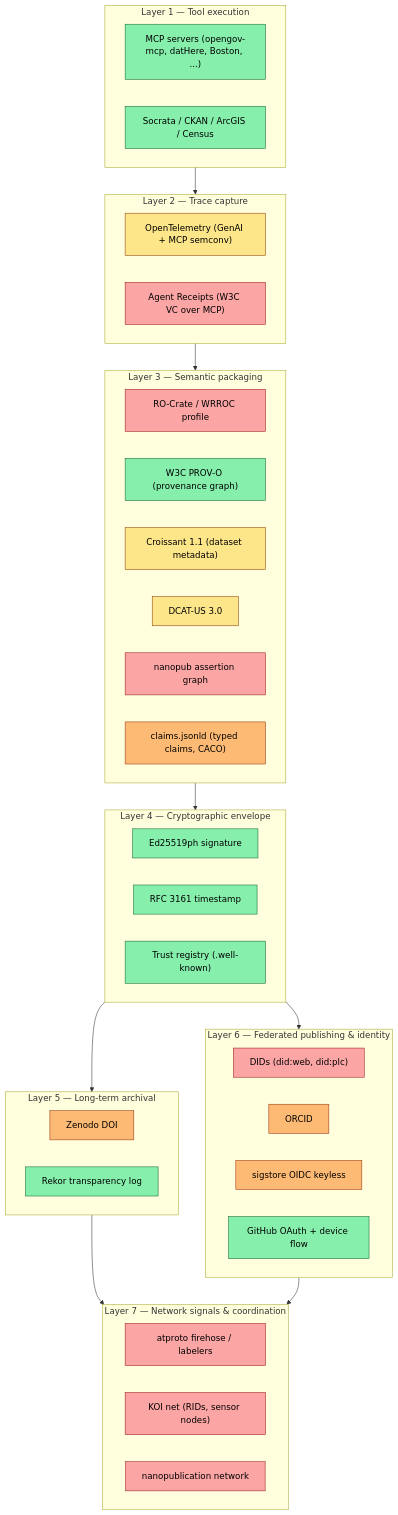
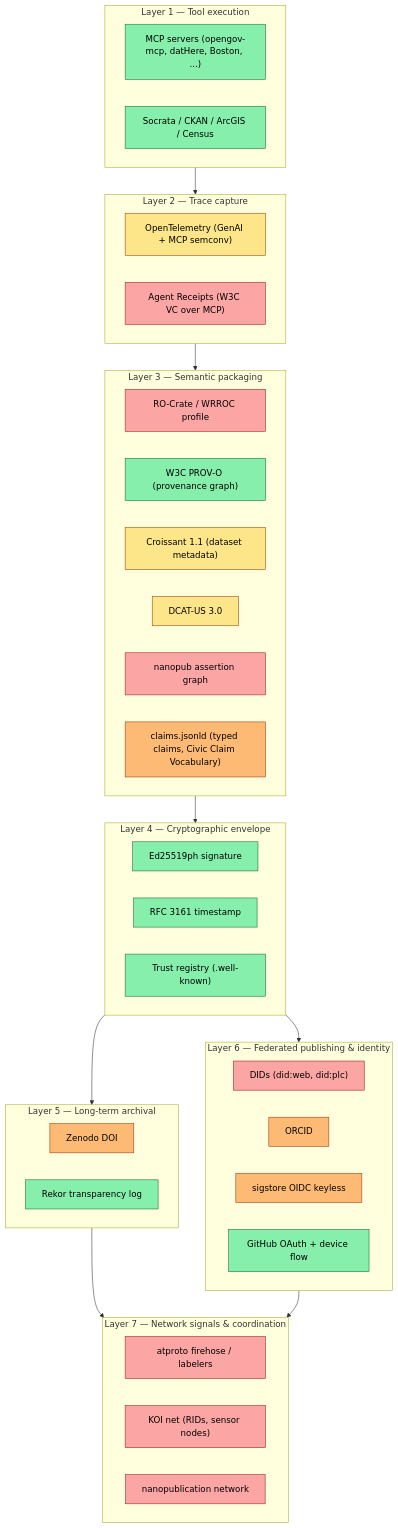
Before and after one commit to npstorey/civic-ai-tools: the first of 8 diagrams in docs/architecture/end-state-vision.md, drawn with Mermaid. The commit also changed other lines of this file and 4 other files, not shown here.

First line of the commit message:
docs(architecture): rename CACO → Civic Claim Vocabulary, add Open Evidence Standard v0.1, update CLAUDE.md

````diff
--- a/docs/architecture/end-state-vision.md
+++ b/docs/architecture/end-state-vision.md
@@ -34,58 +34,58 @@
 ```mermaid
 flowchart TB
     subgraph L7["Layer 7 — Network signals & coordination"]
         atproto["atproto firehose / labelers"]:::speculative
         koi["KOI net (RIDs, sensor nodes)"]:::speculative
         nanopubnet["nanopublication network"]:::speculative
     end
 
     subgraph L6["Layer 6 — Federated publishing & identity"]
         did["DIDs (did:web, did:plc)"]:::speculative
         orcid["ORCID"]:::designed
         sigstoreoidc["sigstore OIDC keyless"]:::designed
         github["GitHub OAuth + device flow"]:::built
     end
 
     subgraph L5["Layer 5 — Long-term archival"]
         zenodo["Zenodo DOI"]:::designed
         rekor["Rekor transparency log"]:::built
     end
 
     subgraph L4["Layer 4 — Cryptographic envelope"]
         ed25519["Ed25519ph signature"]:::built
         rfc3161["RFC 3161 timestamp"]:::built
         trustreg["Trust registry (.well-known)"]:::built
     end
 
     subgraph L3["Layer 3 — Semantic packaging"]
         rocrate["RO-Crate / WRROC profile"]:::speculative
         provo["W3C PROV-O (provenance graph)"]:::built
         croissant["Croissant 1.1 (dataset metadata)"]:::partial
         dcat["DCAT-US 3.0"]:::partial
         nanopub["nanopub assertion graph"]:::speculative
-        claims["claims.jsonld (typed claims, CACO)"]:::designed
+        claims["claims.jsonld (typed claims, Civic Claim Vocabulary)"]:::designed
     end
 
     subgraph L2["Layer 2 — Trace capture"]
         otel["OpenTelemetry (GenAI + MCP semconv)"]:::partial
         agentreceipts["Agent Receipts (W3C VC over MCP)"]:::speculative
     end
 
     subgraph L1["Layer 1 — Tool execution"]
         mcp["MCP servers (opengov-mcp, datHere, Boston, ...)"]:::built
         socrata["Socrata / CKAN / ArcGIS / Census"]:::built
     end
 
     L1 --> L2
     L2 --> L3
     L3 --> L4
     L4 --> L5
     L4 --> L6
     L5 --> L7
     L6 --> L7
 
     classDef built fill:#86efac,stroke:#166534,color:#000
     classDef partial fill:#fde68a,stroke:#92400e,color:#000
     classDef designed fill:#fdba74,stroke:#9a3412,color:#000
     classDef speculative fill:#fca5a5,stroke:#991b1b,color:#000
 ```
````
